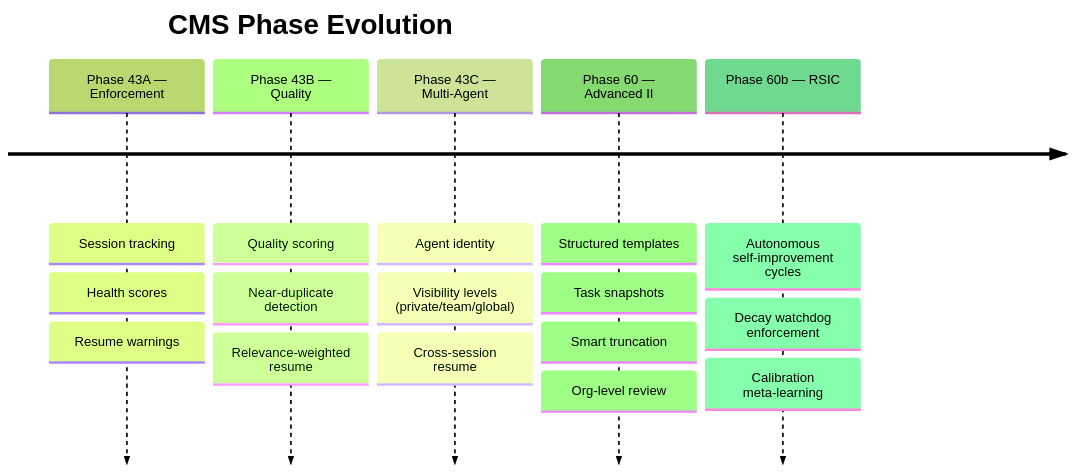
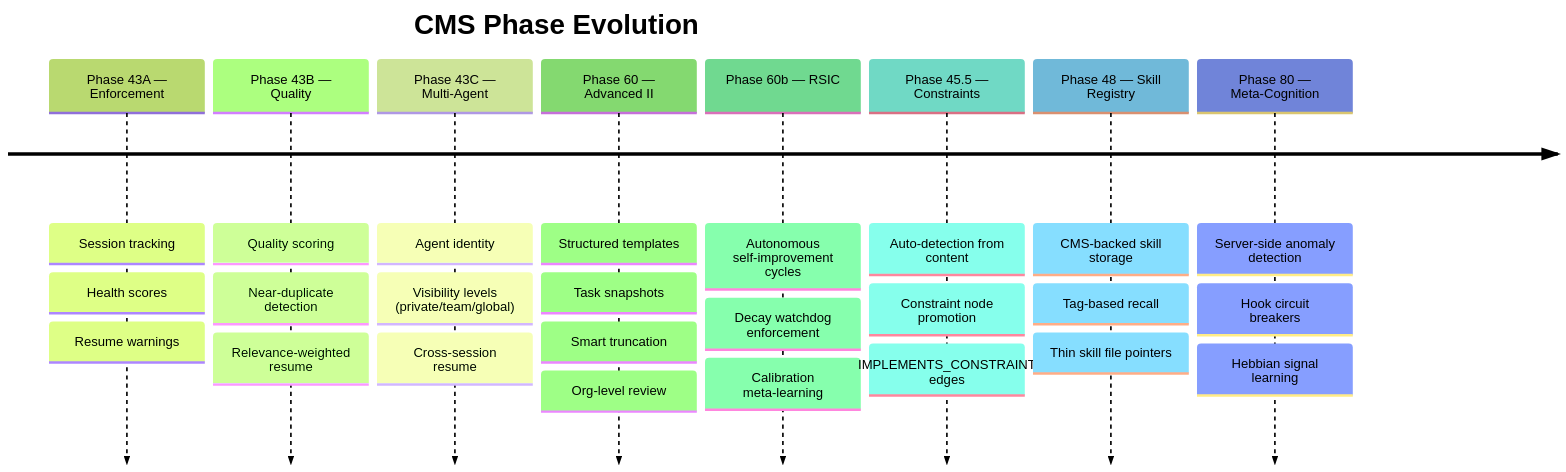
One commit to Aqwerty321/mdemg changed the ninth of 9 diagrams in CMS.md. Above: the diagram before and after it, drawn with Mermaid (forest theme). The commit also changed other lines of this file and 4 other files, not shown here.

First line of the commit message:
docs: add feature docs for constraint nodes, skill registry, UATS hashing, timestamp validation

````diff
--- a/CMS.md
+++ b/CMS.md
@@ -375,25 +416,37 @@
 ```mermaid
 timeline
     title CMS Phase Evolution
     Phase 43A — Enforcement
         : Session tracking
         : Health scores
         : Resume warnings
     Phase 43B — Quality
         : Quality scoring
         : Near-duplicate detection
         : Relevance-weighted resume
     Phase 43C — Multi-Agent
         : Agent identity
         : Visibility levels (private/team/global)
         : Cross-session resume
     Phase 60 — Advanced II
         : Structured templates
         : Task snapshots
         : Smart truncation
         : Org-level review
     Phase 60b — RSIC
         : Autonomous self-improvement cycles
         : Decay watchdog enforcement
         : Calibration meta-learning
+    Phase 45.5 — Constraints
+        : Auto-detection from content
+        : Constraint node promotion
+        : IMPLEMENTS_CONSTRAINT edges
+    Phase 48 — Skill Registry
+        : CMS-backed skill storage
+        : Tag-based recall
+        : Thin skill file pointers
+    Phase 80 — Meta-Cognition
+        : Server-side anomaly detection
+        : Hook circuit breakers
+        : Hebbian signal learning
 ```
````
